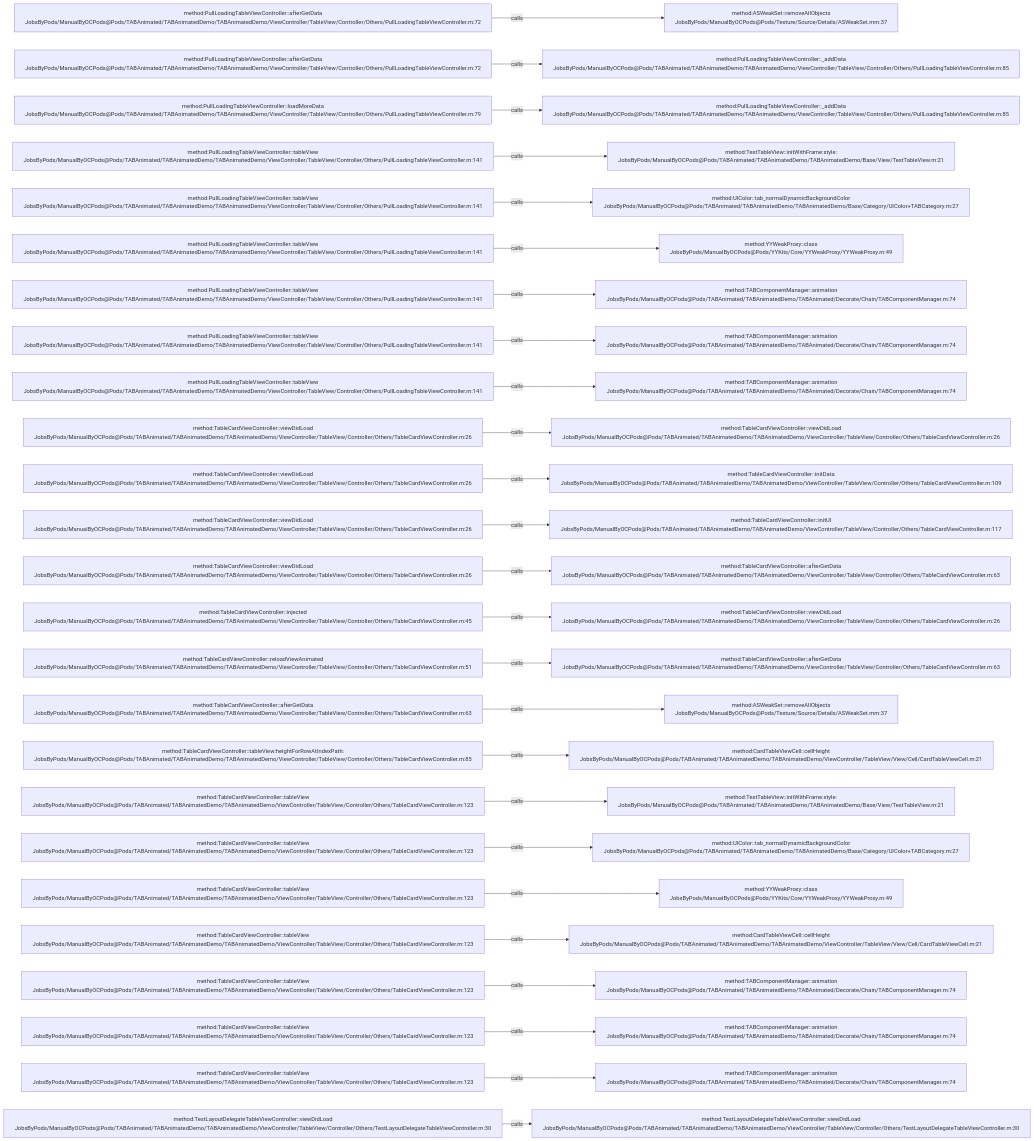
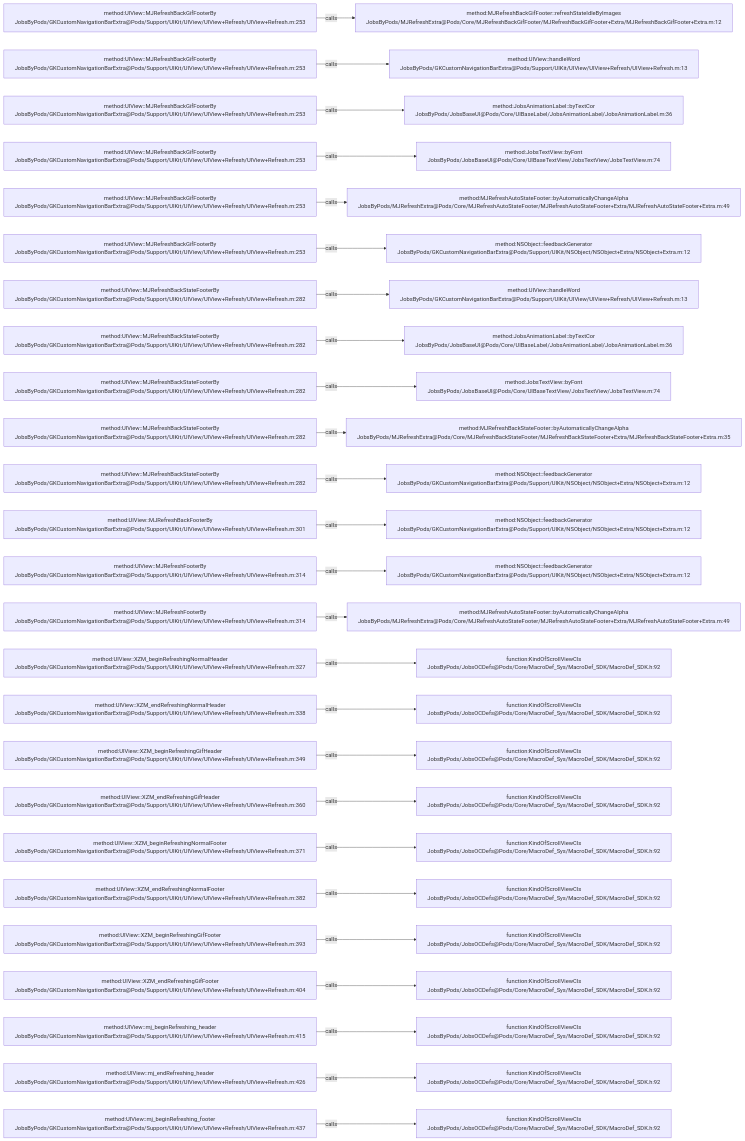
Before and after one commit to JobsKits/JobsOCBaseConfigDemo: the diagram in .codegraph/codegraph.md/graphs/calls-045.md, drawn with Mermaid. The commit also changed 768 other files, not shown here.

````diff
--- a/.codegraph/codegraph.md/graphs/calls-045.md
+++ b/.codegraph/codegraph.md/graphs/calls-045.md
@@ -13,78 +13,78 @@
 ```mermaid
 flowchart LR
-  S1["method:PullLoadingTableViewController::afterGetData<br/>JobsByPods/ManualByOCPods@Pods/TABAnimated/TABAnimatedDemo/TABAnimatedDemo/ViewController/TableView/Controller/Others/PullLoadingTableViewController.m:72"]
-  T1["method:ASWeakSet::removeAllObjects<br/>JobsByPods/ManualByOCPods@Pods/Texture/Source/Details/ASWeakSet.mm:37"]
+  S1["method:UIView::MJRefreshBackGifFooterBy<br/>JobsByPods/GKCustomNavigationBarExtra@Pods/Support/UIKit/UIView/UIView+Refresh/UIView+Refresh.m:253"]
+  T1["method:MJRefreshBackGifFooter::refreshStateIdleByImages<br/>JobsByPods/MJRefreshExtra@Pods/Core/MJRefreshBackGifFooter/MJRefreshBackGifFooter+Extra/MJRefreshBackGifFooter+Extra.m:12"]
   S1 -->|calls| T1
-  S2["method:PullLoadingTableViewController::afterGetData<br/>JobsByPods/ManualByOCPods@Pods/TABAnimated/TABAnimatedDemo/TABAnimatedDemo/ViewController/TableView/Controller/Others/PullLoadingTableViewController.m:72"]
-  T2["method:PullLoadingTableViewController::_addData<br/>JobsByPods/ManualByOCPods@Pods/TABAnimated/TABAnimatedDemo/TABAnimatedDemo/ViewController/TableView/Controller/Others/PullLoadingTableViewController.m:85"]
+  S2["method:UIView::MJRefreshBackGifFooterBy<br/>JobsByPods/GKCustomNavigationBarExtra@Pods/Support/UIKit/UIView/UIView+Refresh/UIView+Refresh.m:253"]
+  T2["method:UIView::handleWord<br/>JobsByPods/GKCustomNavigationBarExtra@Pods/Support/UIKit/UIView/UIView+Refresh/UIView+Refresh.m:13"]
   S2 -->|calls| T2
-  S3["method:PullLoadingTableViewController::loadMoreData<br/>JobsByPods/ManualByOCPods@Pods/TABAnimated/TABAnimatedDemo/TABAnimatedDemo/ViewController/TableView/Controller/Others/PullLoadingTableViewController.m:79"]
-  T3["method:PullLoadingTableViewController::_addData<br/>JobsByPods/ManualByOCPods@Pods/TABAnimated/TABAnimatedDemo/TABAnimatedDemo/ViewController/TableView/Controller/Others/PullLoadingTableViewController.m:85"]
+  S3["method:UIView::MJRefreshBackGifFooterBy<br/>JobsByPods/GKCustomNavigationBarExtra@Pods/Support/UIKit/UIView/UIView+Refresh/UIView+Refresh.m:253"]
+  T3["method:JobsAnimationLabel::byTextCor<br/>JobsByPods/JobsBaseUI@Pods/Core/UIBaseLabel/JobsAnimationLabel/JobsAnimationLabel.m:36"]
   S3 -->|calls| T3
-  S4["method:PullLoadingTableViewController::tableView<br/>JobsByPods/ManualByOCPods@Pods/TABAnimated/TABAnimatedDemo/TABAnimatedDemo/ViewController/TableView/Controller/Others/PullLoadingTableViewController.m:141"]
-  T4["method:TestTableView::initWithFrame:style:<br/>JobsByPods/ManualByOCPods@Pods/TABAnimated/TABAnimatedDemo/TABAnimatedDemo/Base/View/TestTableView.m:21"]
+  S4["method:UIView::MJRefreshBackGifFooterBy<br/>JobsByPods/GKCustomNavigationBarExtra@Pods/Support/UIKit/UIView/UIView+Refresh/UIView+Refresh.m:253"]
+  T4["method:JobsTextView::byFont<br/>JobsByPods/JobsBaseUI@Pods/Core/UIBaseTextView/JobsTextView/JobsTextView.m:74"]
   S4 -->|calls| T4
-  S5["method:PullLoadingTableViewController::tableView<br/>JobsByPods/ManualByOCPods@Pods/TABAnimated/TABAnimatedDemo/TABAnimatedDemo/ViewController/TableView/Controller/Others/PullLoadingTableViewController.m:141"]
-  T5["method:UIColor::tab_normalDynamicBackgroundColor<br/>JobsByPods/ManualByOCPods@Pods/TABAnimated/TABAnimatedDemo/TABAnimatedDemo/Base/Category/UIColor+TABCategory.m:27"]
+  S5["method:UIView::MJRefreshBackGifFooterBy<br/>JobsByPods/GKCustomNavigationBarExtra@Pods/Support/UIKit/UIView/UIView+Refresh/UIView+Refresh.m:253"]
+  T5["method:MJRefreshAutoStateFooter::byAutomaticallyChangeAlpha<br/>JobsByPods/MJRefreshExtra@Pods/Core/MJRefreshAutoStateFooter/MJRefreshAutoStateFooter+Extra/MJRefreshAutoStateFooter+Extra.m:49"]
   S5 -->|calls| T5
-  S6["method:PullLoadingTableViewController::tableView<br/>JobsByPods/ManualByOCPods@Pods/TABAnimated/TABAnimatedDemo/TABAnimatedDemo/ViewController/TableView/Controller/Others/PullLoadingTableViewController.m:141"]
-  T6["method:YYWeakProxy::class<br/>JobsByPods/ManualByOCPods@Pods/YYKits/Core/YYWeakProxy/YYWeakProxy.m:49"]
+  S6["method:UIView::MJRefreshBackGifFooterBy<br/>JobsByPods/GKCustomNavigationBarExtra@Pods/Support/UIKit/UIView/UIView+Refresh/UIView+Refresh.m:253"]
+  T6["method:NSObject::feedbackGenerator<br/>JobsByPods/GKCustomNavigationBarExtra@Pods/Support/UIKit/NSObject/NSObject+Extra/NSObject+Extra.m:12"]
   S6 -->|calls| T6
-  S7["method:PullLoadingTableViewController::tableView<br/>JobsByPods/ManualByOCPods@Pods/TABAnimated/TABAnimatedDemo/TABAnimatedDemo/ViewController/TableView/Controller/Others/PullLoadingTableViewController.m:141"]
-  T7["method:TABComponentManager::animation<br/>JobsByPods/ManualByOCPods@Pods/TABAnimated/TABAnimatedDemo/TABAnimated/Decorate/Chain/TABComponentManager.m:74"]
+  S7["method:UIView::MJRefreshBackStateFooterBy<br/>JobsByPods/GKCustomNavigationBarExtra@Pods/Support/UIKit/UIView/UIView+Refresh/UIView+Refresh.m:282"]
+  T7["method:UIView::handleWord<br/>JobsByPods/GKCustomNavigationBarExtra@Pods/Support/UIKit/UIView/UIView+Refresh/UIView+Refresh.m:13"]
   S7 -->|calls| T7
-  S8["method:PullLoadingTableViewController::tableView<br/>JobsByPods/ManualByOCPods@Pods/TABAnimated/TABAnimatedDemo/TABAnimatedDemo/ViewController/TableView/Controller/Others/PullLoadingTableViewController.m:141"]
-  T8["method:TABComponentManager::animation<br/>JobsByPods/ManualByOCPods@Pods/TABAnimated/TABAnimatedDemo/TABAnimated/Decorate/Chain/TABComponentManager.m:74"]
+  S8["method:UIView::MJRefreshBackStateFooterBy<br/>JobsByPods/GKCustomNavigationBarExtra@Pods/Support/UIKit/UIView/UIView+Refresh/UIView+Refresh.m:282"]
+  T8["method:JobsAnimationLabel::byTextCor<br/>JobsByPods/JobsBaseUI@Pods/Core/UIBaseLabel/JobsAnimationLabel/JobsAnimationLabel.m:36"]
   S8 -->|calls| T8
-  S9["method:PullLoadingTableViewController::tableView<br/>JobsByPods/ManualByOCPods@Pods/TABAnimated/TABAnimatedDemo/TABAnimatedDemo/ViewController/TableView/Controller/Others/PullLoadingTableViewController.m:141"]
-  T9["method:TABComponentManager::animation<br/>JobsByPods/ManualByOCPods@Pods/TABAnimated/TABAnimatedDemo/TABAnimated/Decorate/Chain/TABComponentManager.m:74"]
+  S9["method:UIView::MJRefreshBackStateFooterBy<br/>JobsByPods/GKCustomNavigationBarExtra@Pods/Support/UIKit/UIView/UIView+Refresh/UIView+Refresh.m:282"]
+  T9["method:JobsTextView::byFont<br/>JobsByPods/JobsBaseUI@Pods/Core/UIBaseTextView/JobsTextView/JobsTextView.m:74"]
   S9 -->|calls| T9
-  S10["method:TableCardViewController::viewDidLoad<br/>JobsByPods/ManualByOCPods@Pods/TABAnimated/TABAnimatedDemo/TABAnimatedDemo/ViewController/TableView/Controller/Others/TableCardViewController.m:26"]
-  T10["method:TableCardViewController::viewDidLoad<br/>JobsByPods/ManualByOCPods@Pods/TABAnimated/TABAnimatedDemo/TABAnimatedDemo/ViewController/TableView/Controller/Others/TableCardViewController.m:26"]
+  S10["method:UIView::MJRefreshBackStateFooterBy<br/>JobsByPods/GKCustomNavigationBarExtra@Pods/Support/UIKit/UIView/UIView+Refresh/UIView+Refresh.m:282"]
+  T10["method:MJRefreshBackStateFooter::byAutomaticallyChangeAlpha<br/>JobsByPods/MJRefreshExtra@Pods/Core/MJRefreshBackStateFooter/MJRefreshBackStateFooter+Extra/MJRefreshBackStateFooter+Extra.m:35"]
   S10 -->|calls| T10
-  S11["method:TableCardViewController::viewDidLoad<br/>JobsByPods/ManualByOCPods@Pods/TABAnimated/TABAnimatedDemo/TABAnimatedDemo/ViewController/TableView/Controller/Others/TableCardViewController.m:26"]
-  T11["method:TableCardViewController::initData<br/>JobsByPods/ManualByOCPods@Pods/TABAnimated/TABAnimatedDemo/TABAnimatedDemo/ViewController/TableView/Controller/Others/TableCardViewController.m:109"]
+  S11["method:UIView::MJRefreshBackStateFooterBy<br/>JobsByPods/GKCustomNavigationBarExtra@Pods/Support/UIKit/UIView/UIView+Refresh/UIView+Refresh.m:282"]
+  T11["method:NSObject::feedbackGenerator<br/>JobsByPods/GKCustomNavigationBarExtra@Pods/Support/UIKit/NSObject/NSObject+Extra/NSObject+Extra.m:12"]
   S11 -->|calls| T11
-  S12["method:TableCardViewController::viewDidLoad<br/>JobsByPods/ManualByOCPods@Pods/TABAnimated/TABAnimatedDemo/TABAnimatedDemo/ViewController/TableView/Controller/Others/TableCardViewController.m:26"]
-  T12["method:TableCardViewController::initUI<br/>JobsByPods/ManualByOCPods@Pods/TABAnimated/TABAnimatedDemo/TABAnimatedDemo/ViewController/TableView/Controller/Others/TableCardViewController.m:117"]
+  S12["method:UIView::MJRefreshBackFooterBy<br/>JobsByPods/GKCustomNavigationBarExtra@Pods/Support/UIKit/UIView/UIView+Refresh/UIView+Refresh.m:301"]
+  T12["method:NSObject::feedbackGenerator<br/>JobsByPods/GKCustomNavigationBarExtra@Pods/Support/UIKit/NSObject/NSObject+Extra/NSObject+Extra.m:12"]
   S12 -->|calls| T12
-  S13["method:TableCardViewController::viewDidLoad<br/>JobsByPods/ManualByOCPods@Pods/TABAnimated/TABAnimatedDemo/TABAnimatedDemo/ViewController/TableView/Controller/Others/TableCardViewController.m:26"]
-  T13["method:TableCardViewController::afterGetData<br/>JobsByPods/ManualByOCPods@Pods/TABAnimated/TABAnimatedDemo/TABAnimatedDemo/ViewController/TableView/Controller/Others/TableCardViewController.m:63"]
+  S13["method:UIView::MJRefreshFooterBy<br/>JobsByPods/GKCustomNavigationBarExtra@Pods/Support/UIKit/UIView/UIView+Refresh/UIView+Refresh.m:314"]
+  T13["method:NSObject::feedbackGenerator<br/>JobsByPods/GKCustomNavigationBarExtra@Pods/Support/UIKit/NSObject/NSObject+Extra/NSObject+Extra.m:12"]
   S13 -->|calls| T13
-  S14["method:TableCardViewController::injected<br/>JobsByPods/ManualByOCPods@Pods/TABAnimated/TABAnimatedDemo/TABAnimatedDemo/ViewController/TableView/Controller/Others/TableCardViewController.m:45"]
-  T14["method:TableCardViewController::viewDidLoad<br/>JobsByPods/ManualByOCPods@Pods/TABAnimated/TABAnimatedDemo/TABAnimatedDemo/ViewController/TableView/Controller/Others/TableCardViewController.m:26"]
+  S14["method:UIView::MJRefreshFooterBy<br/>JobsByPods/GKCustomNavigationBarExtra@Pods/Support/UIKit/UIView/UIView+Refresh/UIView+Refresh.m:314"]
+  T14["method:MJRefreshAutoStateFooter::byAutomaticallyChangeAlpha<br/>JobsByPods/MJRefreshExtra@Pods/Core/MJRefreshAutoStateFooter/MJRefreshAutoStateFooter+Extra/MJRefreshAutoStateFooter+Extra.m:49"]
   S14 -->|calls| T14
-  S15["method:TableCardViewController::reloadViewAnimated<br/>JobsByPods/ManualByOCPods@Pods/TABAnimated/TABAnimatedDemo/TABAnimatedDemo/ViewController/TableView/Controller/Others/TableCardViewController.m:51"]
-  T15["method:TableCardViewController::afterGetData<br/>JobsByPods/ManualByOCPods@Pods/TABAnimated/TABAnimatedDemo/TABAnimatedDemo/ViewController/TableView/Controller/Others/TableCardViewController.m:63"]
+  S15["method:UIView::XZM_beginRefreshingNormalHeader<br/>JobsByPods/GKCustomNavigationBarExtra@Pods/Support/UIKit/UIView/UIView+Refresh/UIView+Refresh.m:327"]
+  T15["function:KindOfScrollViewCls<br/>JobsByPods/JobsOCDefs@Pods/Core/MacroDef_Sys/MacroDef_SDK/MacroDef_SDK.h:92"]
   S15 -->|calls| T15
-  S16["method:TableCardViewController::afterGetData<br/>JobsByPods/ManualByOCPods@Pods/TABAnimated/TABAnimatedDemo/TABAnimatedDemo/ViewController/TableView/Controller/Others/TableCardViewController.m:63"]
-  T16["method:ASWeakSet::removeAllObjects<br/>JobsByPods/ManualByOCPods@Pods/Texture/Source/Details/ASWeakSet.mm:37"]
+  S16["method:UIView::XZM_endRefreshingNormalHeader<br/>JobsByPods/GKCustomNavigationBarExtra@Pods/Support/UIKit/UIView/UIView+Refresh/UIView+Refresh.m:338"]
+  T16["function:KindOfScrollViewCls<br/>JobsByPods/JobsOCDefs@Pods/Core/MacroDef_Sys/MacroDef_SDK/MacroDef_SDK.h:92"]
   S16 -->|calls| T16
-  S17["method:TableCardViewController::tableView:heightForRowAtIndexPath:<br/>JobsByPods/ManualByOCPods@Pods/TABAnimated/TABAnimatedDemo/TABAnimatedDemo/ViewController/TableView/Controller/Others/TableCardViewController.m:85"]
-  T17["method:CardTableViewCell::cellHeight<br/>JobsByPods/ManualByOCPods@Pods/TABAnimated/TABAnimatedDemo/TABAnimatedDemo/ViewController/TableView/View/Cell/CardTableViewCell.m:21"]
+  S17["method:UIView::XZM_beginRefreshingGifHeader<br/>JobsByPods/GKCustomNavigationBarExtra@Pods/Support/UIKit/UIView/UIView+Refresh/UIView+Refresh.m:349"]
+  T17["function:KindOfScrollViewCls<br/>JobsByPods/JobsOCDefs@Pods/Core/MacroDef_Sys/MacroDef_SDK/MacroDef_SDK.h:92"]
   S17 -->|calls| T17
-  S18["method:TableCardViewController::tableView<br/>JobsByPods/ManualByOCPods@Pods/TABAnimated/TABAnimatedDemo/TABAnimatedDemo/ViewController/TableView/Controller/Others/TableCardViewController.m:123"]
-  T18["method:TestTableView::initWithFrame:style:<br/>JobsByPods/ManualByOCPods@Pods/TABAnimated/TABAnimatedDemo/TABAnimatedDemo/Base/View/TestTableView.m:21"]
+  S18["method:UIView::XZM_endRefreshingGifHeader<br/>JobsByPods/GKCustomNavigationBarExtra@Pods/Support/UIKit/UIView/UIView+Refresh/UIView+Refresh.m:360"]
+  T18["function:KindOfScrollViewCls<br/>JobsByPods/JobsOCDefs@Pods/Core/MacroDef_Sys/MacroDef_SDK/MacroDef_SDK.h:92"]
   S18 -->|calls| T18
-  S19["method:TableCardViewController::tableView<br/>JobsByPods/ManualByOCPods@Pods/TABAnimated/TABAnimatedDemo/TABAnimatedDemo/ViewController/TableView/Controller/Others/TableCardViewController.m:123"]
-  T19["method:UIColor::tab_normalDynamicBackgroundColor<br/>JobsByPods/ManualByOCPods@Pods/TABAnimated/TABAnimatedDemo/TABAnimatedDemo/Base/Category/UIColor+TABCategory.m:27"]
+  S19["method:UIView::XZM_beginRefreshingNormalFooter<br/>JobsByPods/GKCustomNavigationBarExtra@Pods/Support/UIKit/UIView/UIView+Refresh/UIView+Refresh.m:371"]
+  T19["function:KindOfScrollViewCls<br/>JobsByPods/JobsOCDefs@Pods/Core/MacroDef_Sys/MacroDef_SDK/MacroDef_SDK.h:92"]
   S19 -->|calls| T19
-  S20["method:TableCardViewController::tableView<br/>JobsByPods/ManualByOCPods@Pods/TABAnimated/TABAnimatedDemo/TABAnimatedDemo/ViewController/TableView/Controller/Others/TableCardViewController.m:123"]
-  T20["method:YYWeakProxy::class<br/>JobsByPods/ManualByOCPods@Pods/YYKits/Core/YYWeakProxy/YYWeakProxy.m:49"]
+  S20["method:UIView::XZM_endRefreshingNormalFooter<br/>JobsByPods/GKCustomNavigationBarExtra@Pods/Support/UIKit/UIView/UIView+Refresh/UIView+Refresh.m:382"]
+  T20["function:KindOfScrollViewCls<br/>JobsByPods/JobsOCDefs@Pods/Core/MacroDef_Sys/MacroDef_SDK/MacroDef_SDK.h:92"]
   S20 -->|calls| T20
-  S21["method:TableCardViewController::tableView<br/>JobsByPods/ManualByOCPods@Pods/TABAnimated/TABAnimatedDemo/TABAnimatedDemo/ViewController/TableView/Controller/Others/TableCardViewController.m:123"]
-  T21["method:CardTableViewCell::cellHeight<br/>JobsByPods/ManualByOCPods@Pods/TABAnimated/TABAnimatedDemo/TABAnimatedDemo/ViewController/TableView/View/Cell/CardTableViewCell.m:21"]
+  S21["method:UIView::XZM_beginRefreshingGifFooter<br/>JobsByPods/GKCustomNavigationBarExtra@Pods/Support/UIKit/UIView/UIView+Refresh/UIView+Refresh.m:393"]
+  T21["function:KindOfScrollViewCls<br/>JobsByPods/JobsOCDefs@Pods/Core/MacroDef_Sys/MacroDef_SDK/MacroDef_SDK.h:92"]
   S21 -->|calls| T21
-  S22["method:TableCardViewController::tableView<br/>JobsByPods/ManualByOCPods@Pods/TABAnimated/TABAnimatedDemo/TABAnimatedDemo/ViewController/TableView/Controller/Others/TableCardViewController.m:123"]
-  T22["method:TABComponentManager::animation<br/>JobsByPods/ManualByOCPods@Pods/TABAnimated/TABAnimatedDemo/TABAnimated/Decorate/Chain/TABComponentManager.m:74"]
+  S22["method:UIView::XZM_endRefreshingGifFooter<br/>JobsByPods/GKCustomNavigationBarExtra@Pods/Support/UIKit/UIView/UIView+Refresh/UIView+Refresh.m:404"]
+  T22["function:KindOfScrollViewCls<br/>JobsByPods/JobsOCDefs@Pods/Core/MacroDef_Sys/MacroDef_SDK/MacroDef_SDK.h:92"]
   S22 -->|calls| T22
-  S23["method:TableCardViewController::tableView<br/>JobsByPods/ManualByOCPods@Pods/TABAnimated/TABAnimatedDemo/TABAnimatedDemo/ViewController/TableView/Controller/Others/TableCardViewController.m:123"]
-  T23["method:TABComponentManager::animation<br/>JobsByPods/ManualByOCPods@Pods/TABAnimated/TABAnimatedDemo/TABAnimated/Decorate/Chain/TABComponentManager.m:74"]
+  S23["method:UIView::mj_beginRefreshing_header<br/>JobsByPods/GKCustomNavigationBarExtra@Pods/Support/UIKit/UIView/UIView+Refresh/UIView+Refresh.m:415"]
+  T23["function:KindOfScrollViewCls<br/>JobsByPods/JobsOCDefs@Pods/Core/MacroDef_Sys/MacroDef_SDK/MacroDef_SDK.h:92"]
   S23 -->|calls| T23
-  S24["method:TableCardViewController::tableView<br/>JobsByPods/ManualByOCPods@Pods/TABAnimated/TABAnimatedDemo/TABAnimatedDemo/ViewController/TableView/Controller/Others/TableCardViewController.m:123"]
-  T24["method:TABComponentManager::animation<br/>JobsByPods/ManualByOCPods@Pods/TABAnimated/TABAnimatedDemo/TABAnimated/Decorate/Chain/TABComponentManager.m:74"]
+  S24["method:UIView::mj_endRefreshing_header<br/>JobsByPods/GKCustomNavigationBarExtra@Pods/Support/UIKit/UIView/UIView+Refresh/UIView+Refresh.m:426"]
+  T24["function:KindOfScrollViewCls<br/>JobsByPods/JobsOCDefs@Pods/Core/MacroDef_Sys/MacroDef_SDK/MacroDef_SDK.h:92"]
   S24 -->|calls| T24
-  S25["method:TestLayoutDelegateTableViewController::viewDidLoad<br/>JobsByPods/ManualByOCPods@Pods/TABAnimated/TABAnimatedDemo/TABAnimatedDemo/ViewController/TableView/Controller/Others/TestLayoutDelegateTableViewController.m:30"]
-  T25["method:TestLayoutDelegateTableViewController::viewDidLoad<br/>JobsByPods/ManualByOCPods@Pods/TABAnimated/TABAnimatedDemo/TABAnimatedDemo/ViewController/TableView/Controller/Others/TestLayoutDelegateTableViewController.m:30"]
+  S25["method:UIView::mj_beginRefreshing_footer<br/>JobsByPods/GKCustomNavigationBarExtra@Pods/Support/UIKit/UIView/UIView+Refresh/UIView+Refresh.m:437"]
+  T25["function:KindOfScrollViewCls<br/>JobsByPods/JobsOCDefs@Pods/Core/MacroDef_Sys/MacroDef_SDK/MacroDef_SDK.h:92"]
   S25 -->|calls| T25
 ```
````
